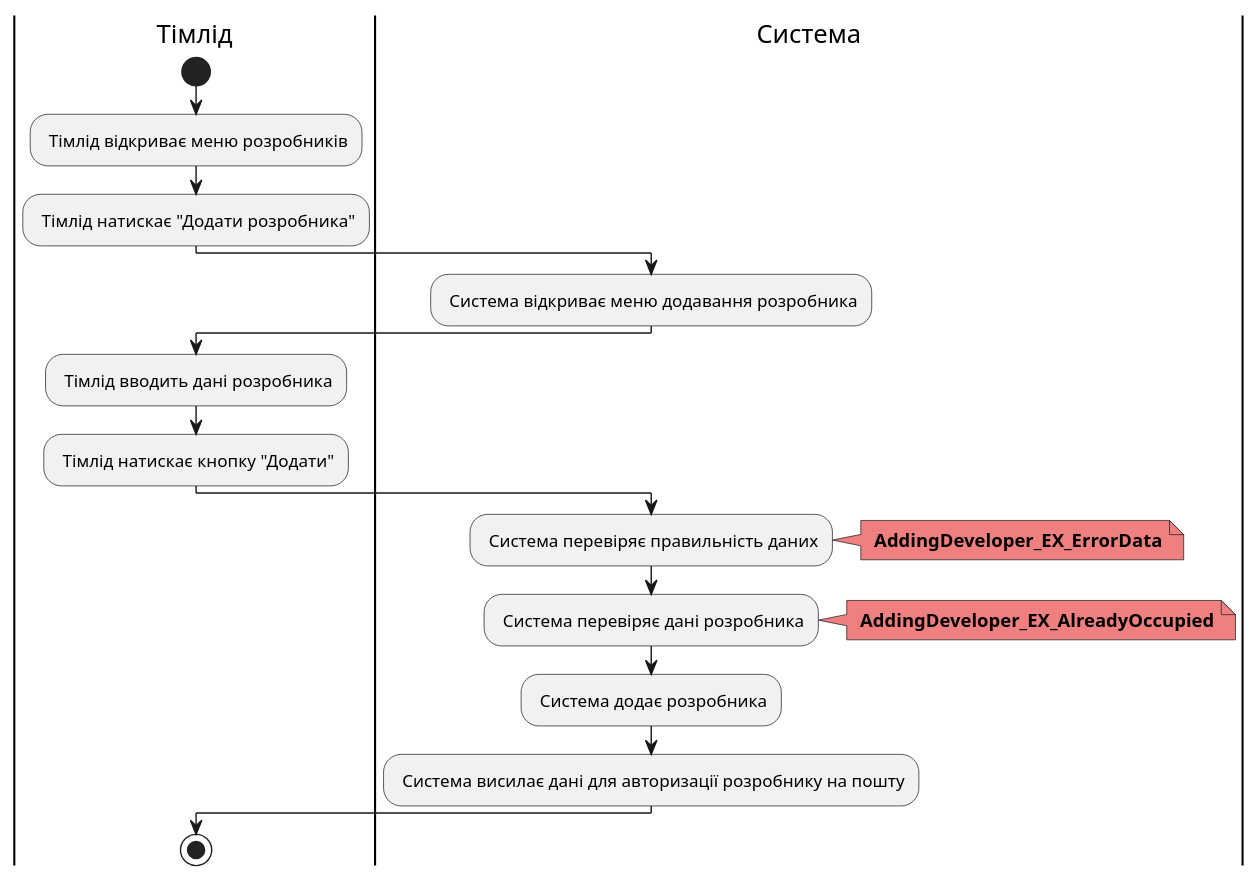
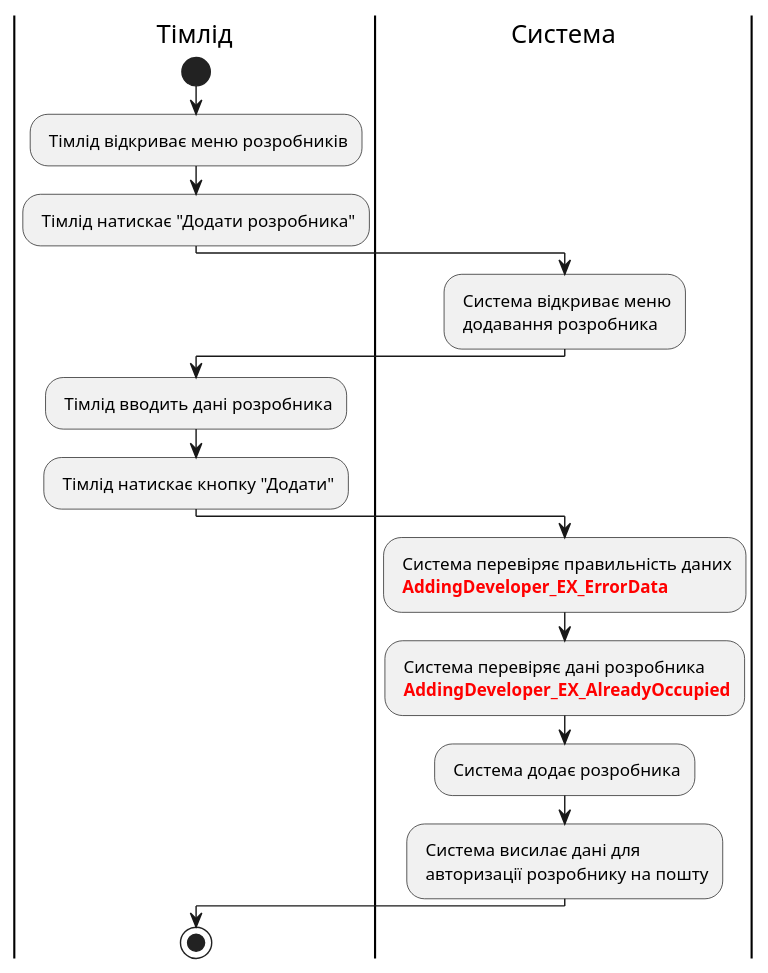
One commit to edu-db/edu_db_labs changed diagram 15 of 18 in docs/use cases/README.md. Above: the diagram before and after it, drawn with PlantUML.

Commit message:
Changed exception style and added some \n

```diff
--- a/docs/use cases/README.md
+++ b/docs/use cases/README.md
@@ -655,30 +655,28 @@
 @startuml
 
     |Тімлід|
     start;
     : Тімлід відкриває меню розробників;
     : Тімлід натискає "Додати розробника";
 
     |Система|
-    : Система відкриває меню додавання розробника;
+    : Система відкриває меню\n додавання розробника;
 
     |Тімлід|
     : Тімлід вводить дані розробника;
     : Тімлід натискає кнопку "Додати";
 
      |Система|
-    : Система перевіряє правильність даних;
-     note right  #F08080
-    <b> AddingDeveloper_EX_ErrorData
-    end note
-    : Система перевіряє дані розробника;
-     note right  #F08080
-    <b> AddingDeveloper_EX_AlreadyOccupied
-    end note
+    : Система перевіряє правильність даних
+    <font color="red"><b><b> AddingDeveloper_EX_ErrorData;
+
+    : Система перевіряє дані розробника
+    <font color="red"><b><b> AddingDeveloper_EX_AlreadyOccupied;
+
     : Система додає розробника;
-    : Система висилає дані для авторизації розробнику на пошту;
+    : Система висилає дані для\n авторизації розробнику на пошту;
 
     |Тімлід|
     stop;
 
 @enduml
```
